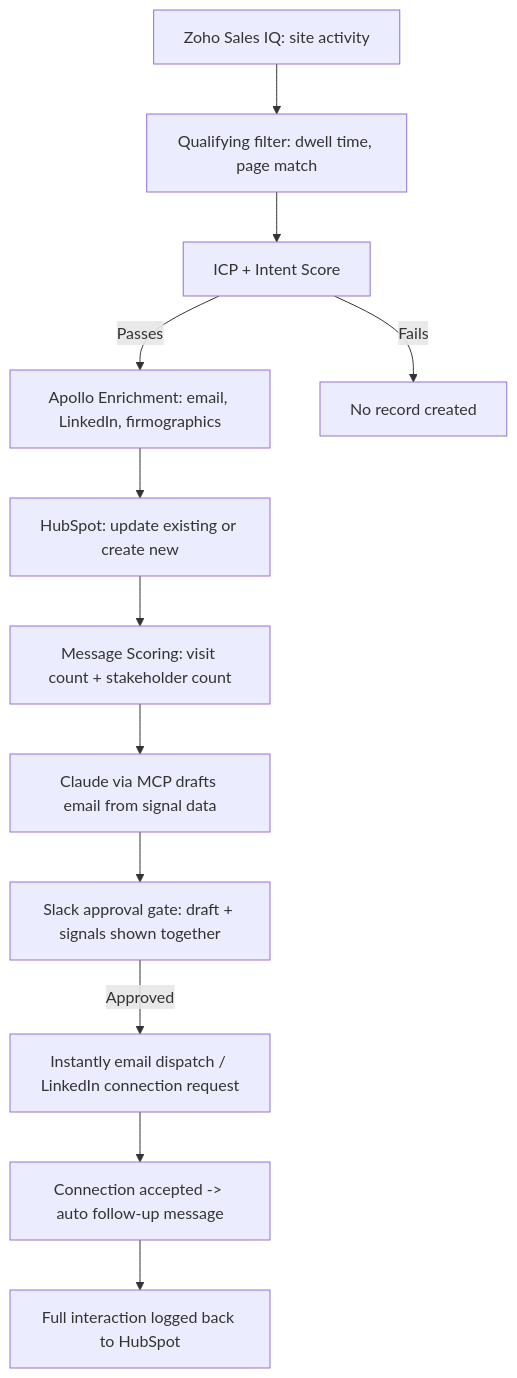
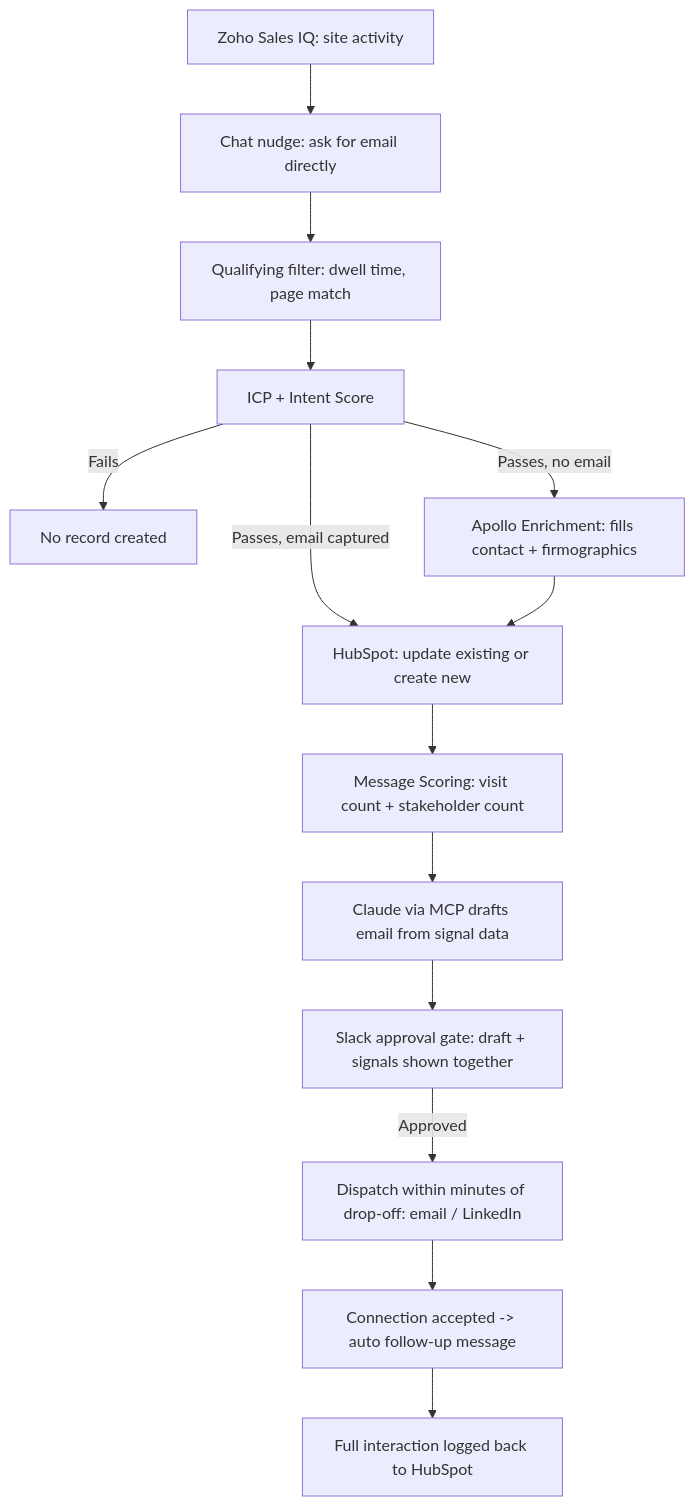
Before and after one commit to digital-experts-team/AI-Growth-Portfolio: the diagram in src/content/caseStudies/mavlers-partner-agency-signals.md, drawn with Mermaid. The commit also changed other lines of this file and 1 other file, not shown here.

Commit message:
Correct email-capture mechanism in case study and workflow: SalesIQ identifies company via IP only, on-site chat nudge captures email directly, Apollo enrichment is the fallback; reframe value as email+behavioral context+immediate dispatch on drop-off

````diff
--- a/src/content/caseStudies/mavlers-partner-agency-signals.md
+++ b/src/content/caseStudies/mavlers-partner-agency-signals.md
@@ -51,14 +51,16 @@
 ```mermaid
 graph TD
-    A[Zoho Sales IQ: site activity] --> B[Qualifying filter: dwell time, page match]
-    B --> C[ICP + Intent Score]
-    C -->|Passes| D[Apollo Enrichment: email, LinkedIn, firmographics]
-    C -->|Fails| E[No record created]
-    D --> F[HubSpot: update existing or create new]
-    F --> G[Message Scoring: visit count + stakeholder count]
+    A[Zoho Sales IQ: site activity] --> B[Chat nudge: ask for email directly]
+    B --> C[Qualifying filter: dwell time, page match]
+    C --> D[ICP + Intent Score]
+    D -->|Fails| X[No record created]
+    D -->|Passes, email captured| E[HubSpot: update existing or create new]
+    D -->|Passes, no email| F[Apollo Enrichment: fills contact + firmographics]
+    F --> E
+    E --> G[Message Scoring: visit count + stakeholder count]
     G --> H[Claude via MCP drafts email from signal data]
     H --> I[Slack approval gate: draft + signals shown together]
-    I -->|Approved| J[Instantly email dispatch / LinkedIn connection request]
+    I -->|Approved| J[Dispatch within minutes of drop-off: email / LinkedIn]
     J --> K[Connection accepted -> auto follow-up message]
     K --> L[Full interaction logged back to HubSpot]
 ```
````
